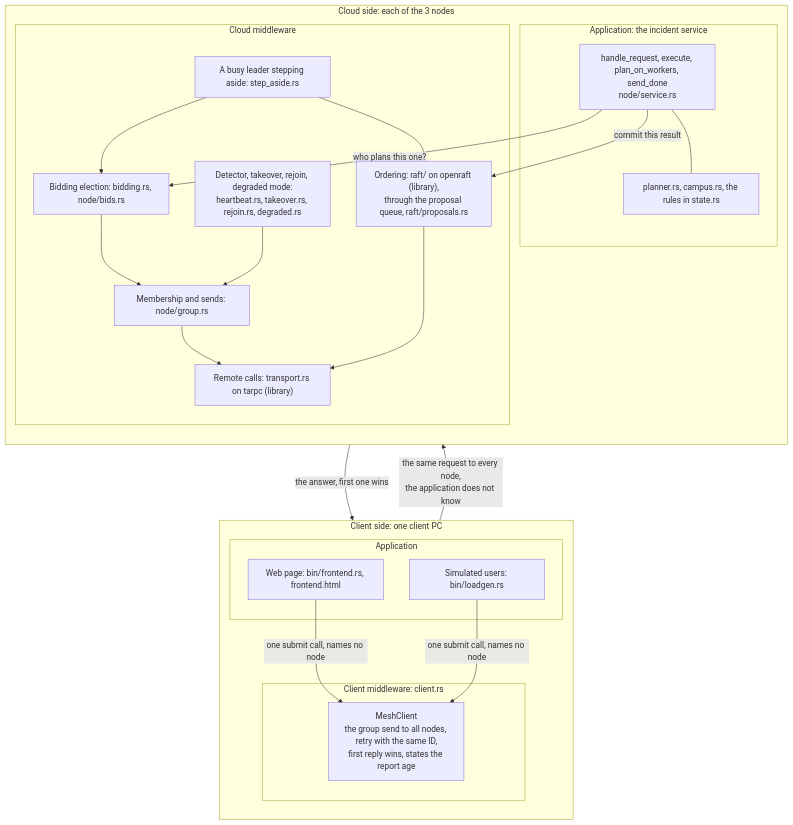
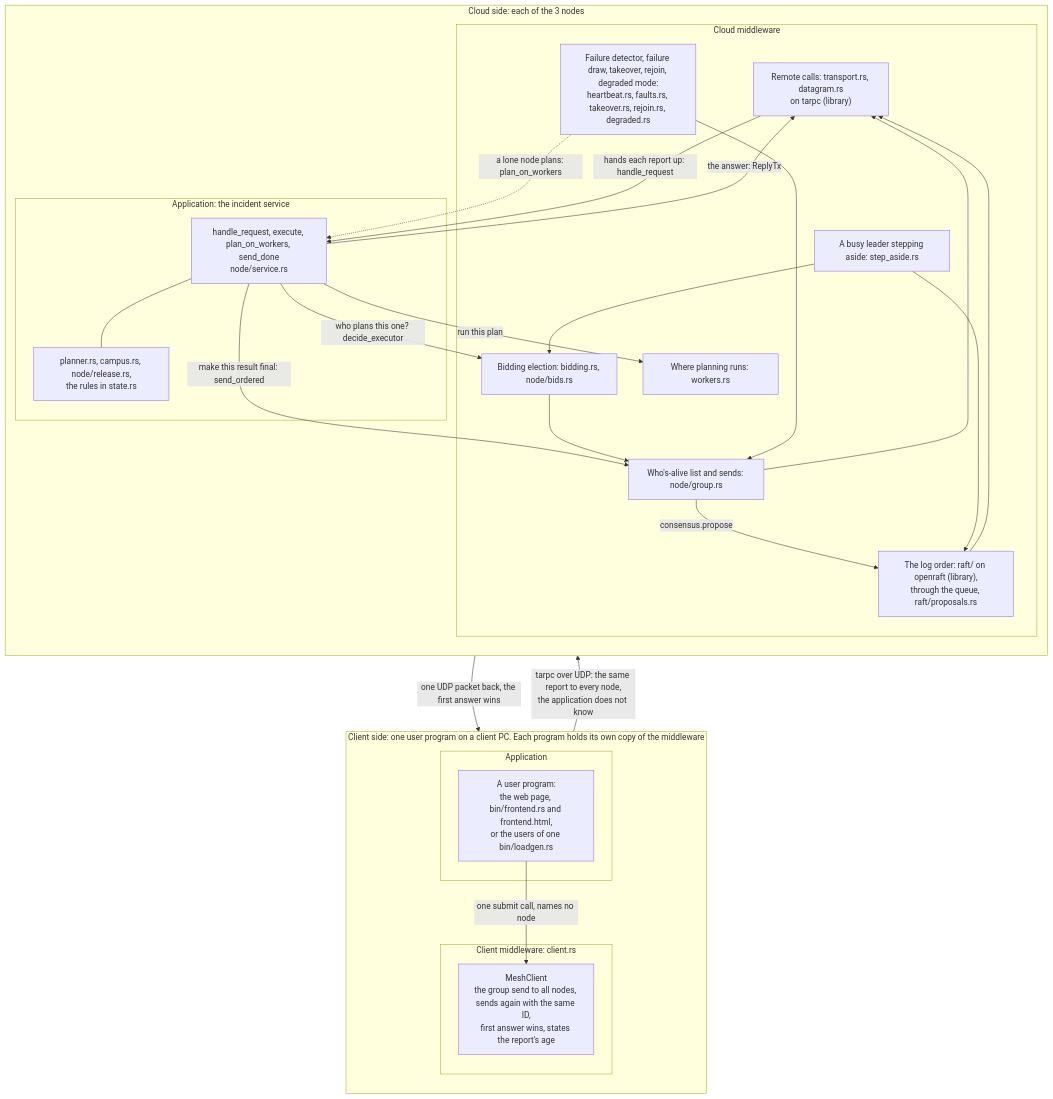
The seventh of 48 diagrams in docs/architecture.md (noortaytoy1/DistributedSystems), drawn with Mermaid before and after one commit. The commit also changed other lines of this file and 2 other files, not shown here.

First line of the commit message:
Apply the diagram review to the architecture docs (D231)

````diff
--- a/docs/architecture.md
+++ b/docs/architecture.md
@@ -410,41 +463,45 @@
 ```mermaid
 flowchart TB
-    subgraph CLIENT["Client side: one client PC"]
+    subgraph CLIENT["Client side: one user program on a client PC. Each program holds its own copy of the middleware"]
         direction TB
         subgraph CAPP["Application"]
-            WEB["Web page: bin/frontend.rs, frontend.html"]
-            USERS["Simulated users: bin/loadgen.rs"]
+            APP["A user program:<br/>the web page, bin/frontend.rs and frontend.html,<br/>or the users of one bin/loadgen.rs"]
         end
         subgraph CMW["Client middleware: client.rs"]
-            MESH["MeshClient<br/>the group send to all nodes, retry with the same ID,<br/>first reply wins, states the report age"]
+            MESH["MeshClient<br/>the group send to all nodes, sends again with the same ID,<br/>first answer wins, states the report's age"]
         end
-        WEB -->|"one submit call, names no node"| MESH
-        USERS -->|"one submit call, names no node"| MESH
+        APP -->|"one submit call, names no node"| MESH
     end
     subgraph NODE["Cloud side: each of the 3 nodes"]
         direction TB
         subgraph NAPP["Application: the incident service"]
             SVC["handle_request, execute, plan_on_workers, send_done<br/>node/service.rs"]
-            RULES["planner.rs, campus.rs, the rules in state.rs"]
+            RULES["planner.rs, campus.rs, node/release.rs,<br/>the rules in state.rs"]
         end
         subgraph NMW["Cloud middleware"]
+            RPC["Remote calls: transport.rs, datagram.rs<br/>on tarpc (library)"]
             ELECT["Bidding election: bidding.rs, node/bids.rs"]
-            GROUPM["Membership and sends: node/group.rs"]
-            FAIL["Detector, takeover, rejoin, degraded mode:<br/>heartbeat.rs, takeover.rs, rejoin.rs, degraded.rs"]
+            GROUPM["Who's-alive list and sends: node/group.rs"]
+            FAIL["Failure detector, failure draw, takeover, rejoin, degraded mode:<br/>heartbeat.rs, faults.rs, takeover.rs, rejoin.rs, degraded.rs"]
             STEP["A busy leader stepping aside: step_aside.rs"]
-            RPC["Remote calls: transport.rs on tarpc (library)"]
-            ORDER["Ordering: raft/ on openraft (library),<br/>through the proposal queue, raft/proposals.rs"]
+            ORDER["The log order: raft/ on openraft (library),<br/>through the queue, raft/proposals.rs"]
+            WORK["Where planning runs: workers.rs"]
         end
-        SVC -->|"who plans this one?"| ELECT
-        SVC -->|"commit this result"| ORDER
+        SVC -->|"who plans this one? decide_executor"| ELECT
+        SVC -->|"make this result final: send_ordered"| GROUPM
+        SVC -->|"run this plan"| WORK
+        GROUPM -->|"consensus.propose"| ORDER
         ELECT --> GROUPM
         FAIL --> GROUPM
+        FAIL -.->|"a lone node plans: plan_on_workers"| SVC
         STEP --> ELECT
         STEP --> ORDER
         GROUPM --> RPC
         ORDER --> RPC
+        RPC -->|"hands each report up: handle_request"| SVC
+        SVC -->|"the answer: ReplyTx"| RPC
         SVC --- RULES
     end
-    MESH -->|"the same request to every node,<br/>the application does not know"| SVC
-    SVC -->|"the answer, first one wins"| MESH
+    MESH -->|"tarpc over UDP: the same report to every node,<br/>the application does not know"| RPC
+    RPC -->|"one UDP packet back, the first answer wins"| MESH
 ```
````
